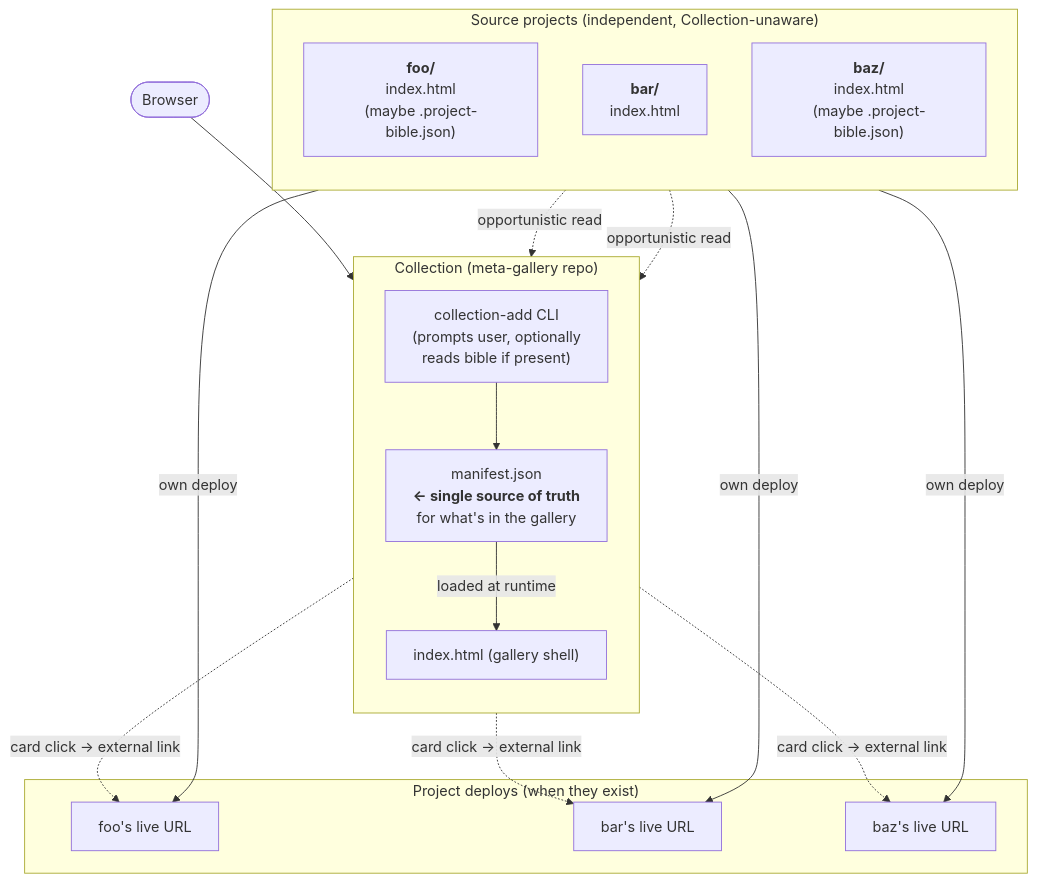
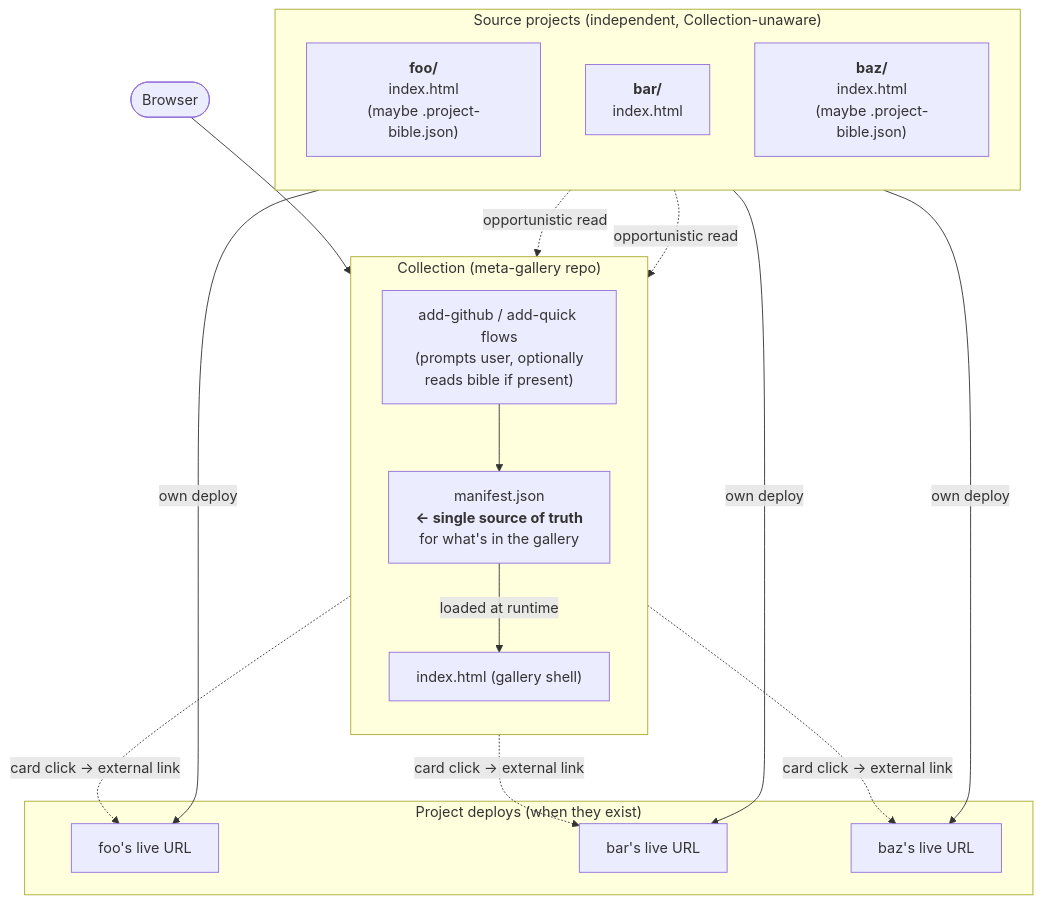
One commit to halapenyoharry/collection changed the diagram in ARCHITECTURE.md. Above: the diagram before and after it, drawn with Mermaid. The commit also changed other lines of this file and 3 other files, not shown here.

First line of the commit message:
Split collection-add into add-github + add-quick flows

````diff
--- a/ARCHITECTURE.md
+++ b/ARCHITECTURE.md
@@ -26,42 +39,42 @@
 ```mermaid
 flowchart TB
     %% Source projects, each independent, oblivious to Collection
     subgraph PROJECTS ["Source projects (independent, Collection-unaware)"]
         direction TB
         P1["<b>foo/</b><br/>index.html<br/>(maybe .project-bible.json)"]
         P2["<b>bar/</b><br/>index.html"]
         P3["<b>baz/</b><br/>index.html<br/>(maybe .project-bible.json)"]
     end
 
     %% Each project deploys itself (or doesn't — Collection can also clone)
     subgraph DEPLOYS ["Project deploys (when they exist)"]
         D1["foo's live URL"]
         D2["bar's live URL"]
         D3["baz's live URL"]
     end
 
     %% Collection
     subgraph COLLECTION ["Collection (meta-gallery repo)"]
         direction TB
-        ADD["collection-add CLI<br/>(prompts user, optionally<br/>reads bible if present)"]
+        ADD["add-github / add-quick flows<br/>(prompts user, optionally<br/>reads bible if present)"]
         MAN["manifest.json<br/><b>← single source of truth</b><br/>for what's in the gallery"]
         SHELL["index.html (gallery shell)"]
     end
 
     %% Wiring
     P1 -->|own deploy| D1
     P2 -->|own deploy| D2
     P3 -->|own deploy| D3
 
     P1 -.->|opportunistic read| ADD
     P3 -.->|opportunistic read| ADD
 
     ADD --> MAN
     MAN -->|loaded at runtime| SHELL
 
     USER([Browser])
     USER --> SHELL
     SHELL -.->|card click → external link| D1
     SHELL -.->|card click → external link| D2
     SHELL -.->|card click → external link| D3
 ```
````
